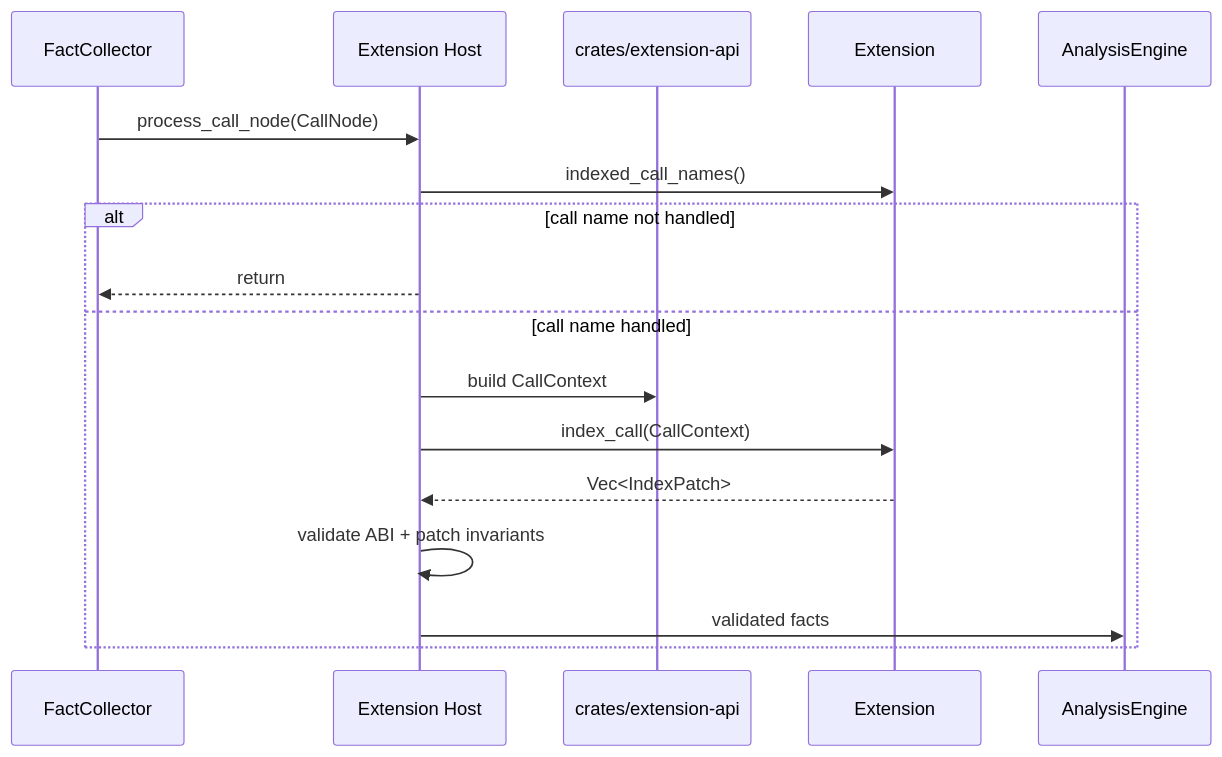
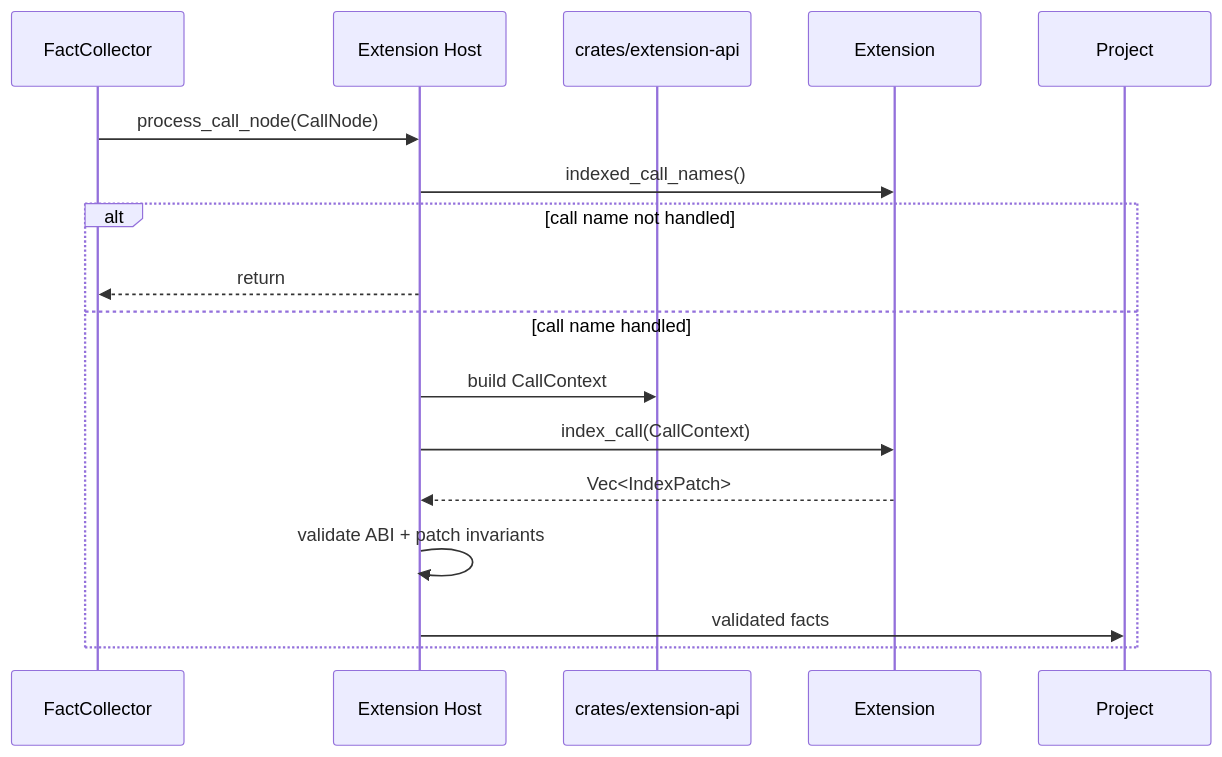
Before and after one commit to rajnaveen344/ruby-fast-lsp: the second of 3 diagrams in extensions/README.md, drawn with Mermaid. The commit also changed other lines of this file and 54 other files, not shown here.

````diff
--- a/extensions/README.md
+++ b/extensions/README.md
@@ -32,20 +32,20 @@
 ```mermaid
 sequenceDiagram
     participant V as FactCollector
     participant H as Extension Host
     participant A as crates/extension-api
     participant R as Extension
-    participant I as AnalysisEngine
+    participant I as Project
 
     V->>H: process_call_node(CallNode)
     H->>R: indexed_call_names()
     alt call name not handled
         H-->>V: return
     else call name handled
         H->>A: build CallContext
         H->>R: index_call(CallContext)
         R-->>H: Vec<IndexPatch>
         H->>H: validate ABI + patch invariants
         H->>I: validated facts
     end
 ```
````
